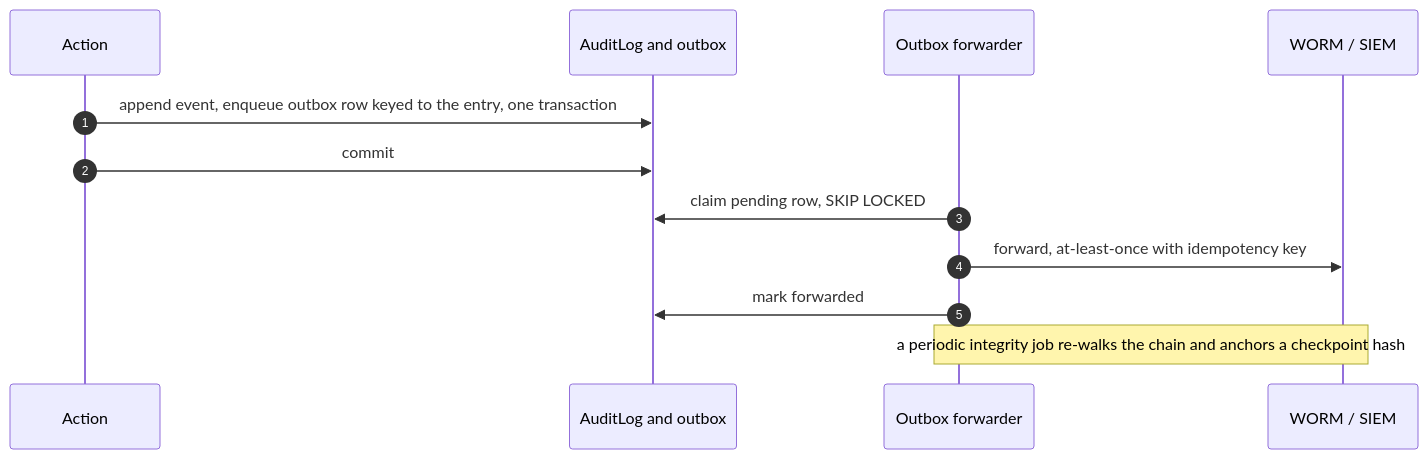
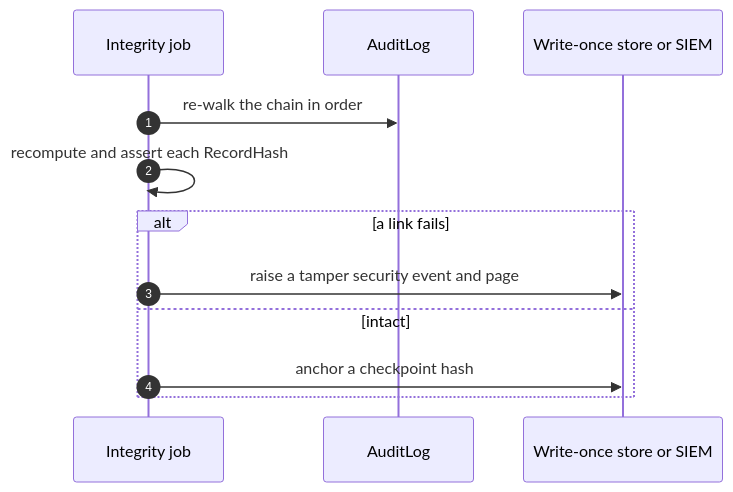
Before and after one commit to namphuongtran/nami: the fourth of 4 diagrams in docs/design/03-audit.md, drawn with Mermaid. The commit also changed other lines of this file and 1 other file, not shown here.

````diff
--- a/docs/design/03-audit.md
+++ b/docs/design/03-audit.md
@@ -240,14 +267,14 @@
 ```mermaid
 sequenceDiagram
   autonumber
-  participant A as Action
-  participant DB as AuditLog and outbox
-  participant R as Outbox forwarder
-  participant W as WORM / SIEM
-  A->>DB: append event, enqueue outbox row keyed to the entry, one transaction
-  A->>DB: commit
-  R->>DB: claim pending row, SKIP LOCKED
-  R->>W: forward, at-least-once with idempotency key
-  R->>DB: mark forwarded
-  Note over R,W: a periodic integrity job re-walks the chain and anchors a checkpoint hash
+  participant J as Integrity job
+  participant AL as AuditLog
+  participant W as Write-once store or SIEM
+  J->>AL: re-walk the chain in order
+  J->>J: recompute and assert each RecordHash
+  alt a link fails
+    J->>W: raise a tamper security event and page
+  else intact
+    J->>W: anchor a checkpoint hash
+  end
 ```
````
